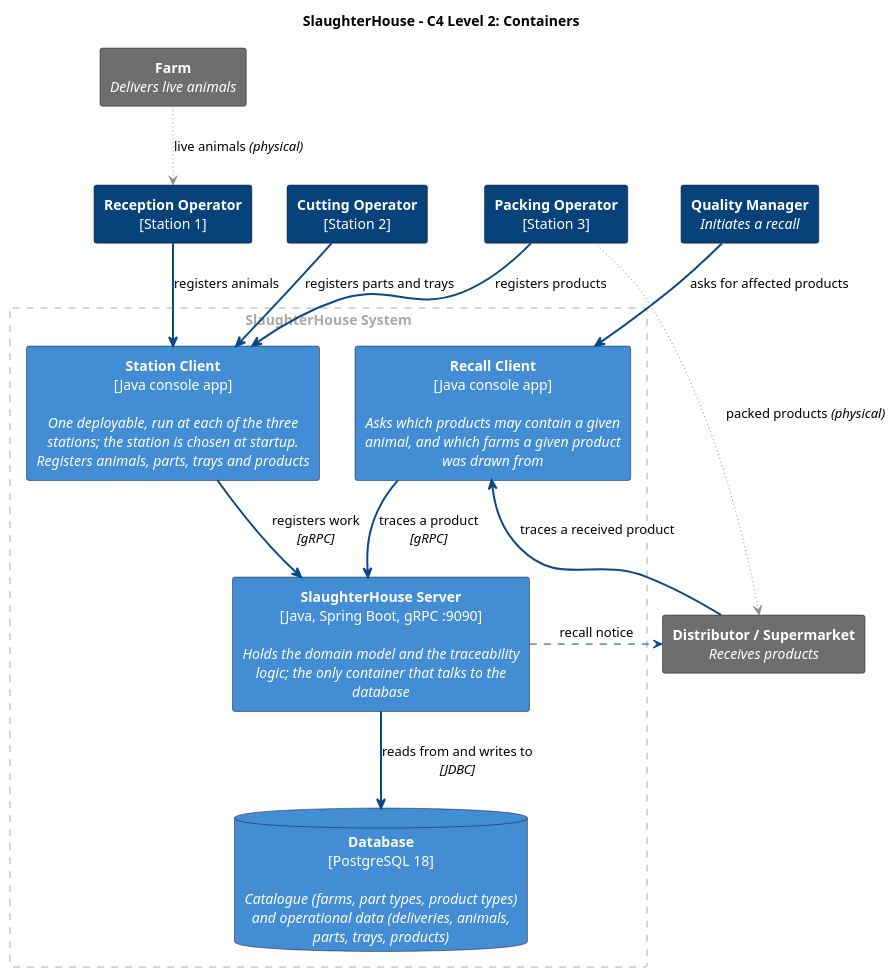
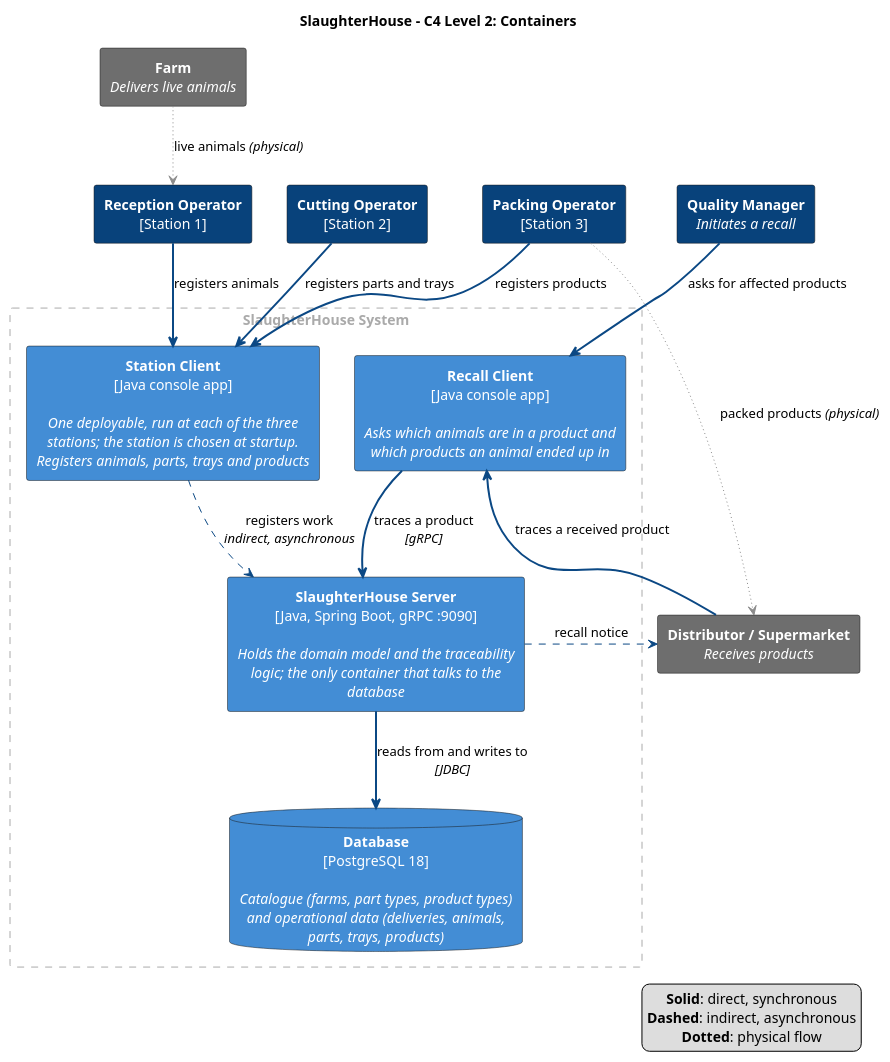
The diagram in SlaughterHouse/docs/containerDiagram.puml (ahausgaard/DSY), drawn with PlantUML before and after one commit. The commit also changed 7 other files, not shown here.

```diff
--- a/SlaughterHouse/docs/containerDiagram.puml
+++ b/SlaughterHouse/docs/containerDiagram.puml
@@ -1,78 +1,85 @@
 @startuml c4-l2-container
 title SlaughterHouse - C4 Level 2: Containers
 
 hide stereotype
 skinparam shadowing false
 skinparam defaultTextAlignment center
 skinparam rectangle<<person>> {
   BackgroundColor #08427B
   FontColor #FFFFFF
 }
 skinparam rectangle<<container>> {
   BackgroundColor #438DD5
   FontColor #FFFFFF
 }
 skinparam database<<container>> {
   BackgroundColor #438DD5
   FontColor #FFFFFF
 }
 skinparam rectangle<<external>> {
   BackgroundColor #6E6E6E
   FontColor #FFFFFF
 }
 skinparam rectangle<<boundary>> {
   BackgroundColor transparent
   BorderColor #AAAAAA
   BorderStyle dashed
   FontColor #AAAAAA
 }
 
 rectangle "**Reception Operator**\n[Station 1]" <<person>> as reception
 rectangle "**Cutting Operator**\n[Station 2]" <<person>> as cutting
 rectangle "**Packing Operator**\n[Station 3]" <<person>> as packing
 rectangle "**Quality Manager**\n//Initiates a recall//" <<person>> as quality
 
 rectangle "SlaughterHouse System" <<boundary>> {
 
   ' One deployable, started three times - the station is a startup choice,
   ' not a separate program
   rectangle "**Station Client**\n[Java console app]\n\n//One deployable, run at each of the three//\n//stations; the station is chosen at startup.//\n//Registers animals, parts, trays and products//" <<container>> as stationClient
 
-  rectangle "**Recall Client**\n[Java console app]\n\n//Asks which products may contain a given//\n//animal, and which farms a given product//\n//was drawn from//" <<container>> as recallClient
+  rectangle "**Recall Client**\n[Java console app]\n\n//Asks which animals are in a product and//\n//which products an animal ended up in//" <<container>> as recallClient
 
   rectangle "**SlaughterHouse Server**\n[Java, Spring Boot, gRPC :9090]\n\n//Holds the domain model and the traceability//\n//logic; the only container that talks to the//\n//database//" <<container>> as server
 
   database "**Database**\n[PostgreSQL 18]\n\n//Catalogue (farms, part types, product types)//\n//and operational data (deliveries, animals,//\n//parts, trays, products)//" <<container>> as db
 }
 
 rectangle "**Farm**\n//Delivers live animals//" <<external>> as farm
 rectangle "**Distributor / Supermarket**\n//Receives products//" <<external>> as distributor
 
 ' Keep the operators in process order, left to right
 reception -[hidden]right- cutting
 cutting   -[hidden]right- packing
 packing   -[hidden]right- quality
 
 ' Keep the two clients side by side above the server
 stationClient -[hidden]right- recallClient
 
 ' Each operator uses a client, never the server directly
 reception -[#0B4884,bold]down-> stationClient : registers animals
 cutting   -[#0B4884,bold]down-> stationClient : registers parts and trays
 packing   -[#0B4884,bold]down-> stationClient : registers products
 quality   -[#0B4884,bold]down-> recallClient  : asks for affected products
 
-' Clients to server, server to database
-stationClient -[#0B4884,bold]down-> server : registers work\n//[gRPC]//
+' Clients to server, server to database. Stations send their work indirectly,
+' so they keep working while the network is down
+stationClient -[#0B4884,dashed]down-> server : registers work\n//indirect, asynchronous//
 recallClient  -[#0B4884,bold]down-> server : traces a product\n//[gRPC]//
 server        -[#0B4884,bold]down-> db     : reads from and writes to\n//[JDBC]//
 
 ' Recall, out of the slaughterhouse and back in
 server      -[#0B4884,dashed]right-> distributor  : recall notice
 distributor -[#0B4884,bold]up->      recallClient : traces a received product
 
 ' Physical flow
 farm    -[#8C8C8C,dotted]down-> reception   : live animals //(physical)//
 packing -[#8C8C8C,dotted]down-> distributor : packed products //(physical)//
 
+legend right
+  **Solid**: direct, synchronous
+  **Dashed**: indirect, asynchronous
+  **Dotted**: physical flow
+endlegend
+
 @enduml
```
